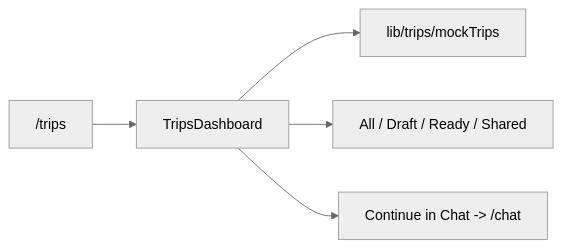
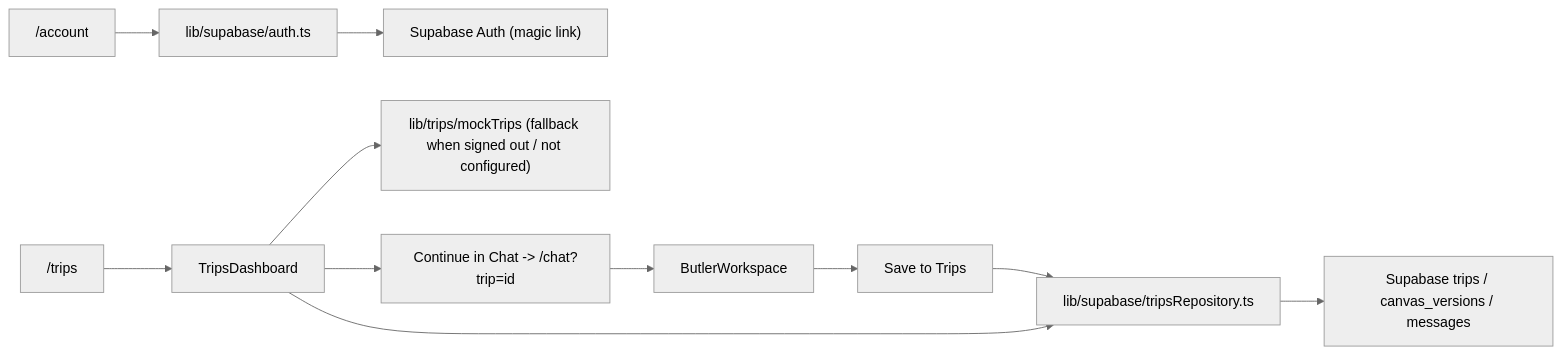
The second of 3 diagrams in DESIGN.md (JTCAO515/VP-Codex-Final), drawn with Mermaid (neutral theme) before and after one commit. The commit also changed other lines of this file and 20 other files, not shown here.

First line of the commit message:
feat(supabase): connect real auth and trips persistence

````diff
--- a/DESIGN.md
+++ b/DESIGN.md
@@ -24,7 +24,13 @@
 ```mermaid
 flowchart LR
+    AccountPage["/account"] --> AuthLib["lib/supabase/auth.ts"]
+    AuthLib --> SupabaseAuth["Supabase Auth (magic link)"]
+    ButlerWorkspace["ButlerWorkspace"] --> SaveAction["Save to Trips"]
+    SaveAction --> TripsRepo["lib/supabase/tripsRepository.ts"]
+    TripsRepo --> SupabaseDb["Supabase trips / canvas_versions / messages"]
     TripsPage["/trips"] --> TripsDashboard["TripsDashboard"]
-    TripsDashboard --> MockTrips["lib/trips/mockTrips"]
-    TripsDashboard --> Filters["All / Draft / Ready / Shared"]
-    TripsDashboard --> ChatLink["Continue in Chat -> /chat"]
+    TripsDashboard --> TripsRepo
+    TripsDashboard --> MockTrips["lib/trips/mockTrips (fallback when signed out / not configured)"]
+    TripsDashboard --> ChatLink["Continue in Chat -> /chat?trip=id"]
+    ChatLink --> ButlerWorkspace
 ```
````
